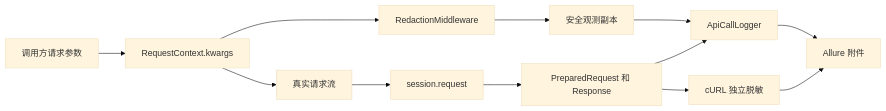
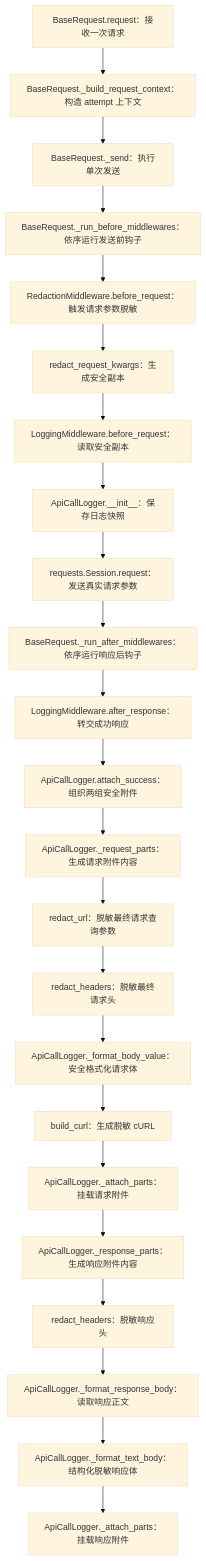
One commit to wjy801/llm_api_case changed the first of 15 diagrams in course/DAY04_LOGGING_REDACTION_DATA_FLOW.md. Above: the diagram before and after it, drawn with Mermaid (base theme). The commit also changed other lines of this file and 8 other files, not shown here.

````diff
--- a/course/DAY04_LOGGING_REDACTION_DATA_FLOW.md
+++ b/course/DAY04_LOGGING_REDACTION_DATA_FLOW.md
@@ -10,14 +12,25 @@
 ```mermaid
-flowchart LR
-    A["调用方请求参数"] --> B["RequestContext.kwargs"]
-    B --> C["真实请求流"]
-    C --> D["session.request"]
-    B --> E["RedactionMiddleware"]
-    E --> F["安全观测副本"]
-    F --> G["ApiCallLogger"]
-    D --> H["PreparedRequest 和 Response"]
-    H --> G
-    G --> I["Allure 附件"]
-    H --> J["cURL 独立脱敏"]
-    J --> I
+flowchart TD
+    A["BaseRequest.request：接收一次请求"] --> B["BaseRequest._build_request_context：构造 attempt 上下文"]
+    B --> C["BaseRequest._send：执行单次发送"]
+    C --> D["BaseRequest._run_before_middlewares：依序运行发送前钩子"]
+    D --> E["RedactionMiddleware.before_request：触发请求参数脱敏"]
+    E --> F["redact_request_kwargs：生成安全副本"]
+    F --> G["LoggingMiddleware.before_request：读取安全副本"]
+    G --> H["ApiCallLogger.__init__：保存日志快照"]
+    H --> I["requests.Session.request：发送真实请求参数"]
+    I --> J["BaseRequest._run_after_middlewares：依序运行响应后钩子"]
+    J --> K["LoggingMiddleware.after_response：转交成功响应"]
+    K --> L["ApiCallLogger.attach_success：组织两组安全附件"]
+    L --> M["ApiCallLogger._request_parts：生成请求附件内容"]
+    M --> N["redact_url：脱敏最终请求查询参数"]
+    N --> O["redact_headers：脱敏最终请求头"]
+    O --> P["ApiCallLogger._format_body_value：安全格式化请求体"]
+    P --> Q["build_curl：生成脱敏 cURL"]
+    Q --> R["ApiCallLogger._attach_parts：挂载请求附件"]
+    R --> S["ApiCallLogger._response_parts：生成响应附件内容"]
+    S --> T["redact_headers：脱敏响应头"]
+    T --> U["ApiCallLogger._format_response_body：读取响应正文"]
+    U --> V["ApiCallLogger._format_text_body：结构化脱敏响应体"]
+    V --> W["ApiCallLogger._attach_parts：挂载响应附件"]
 ```
````
